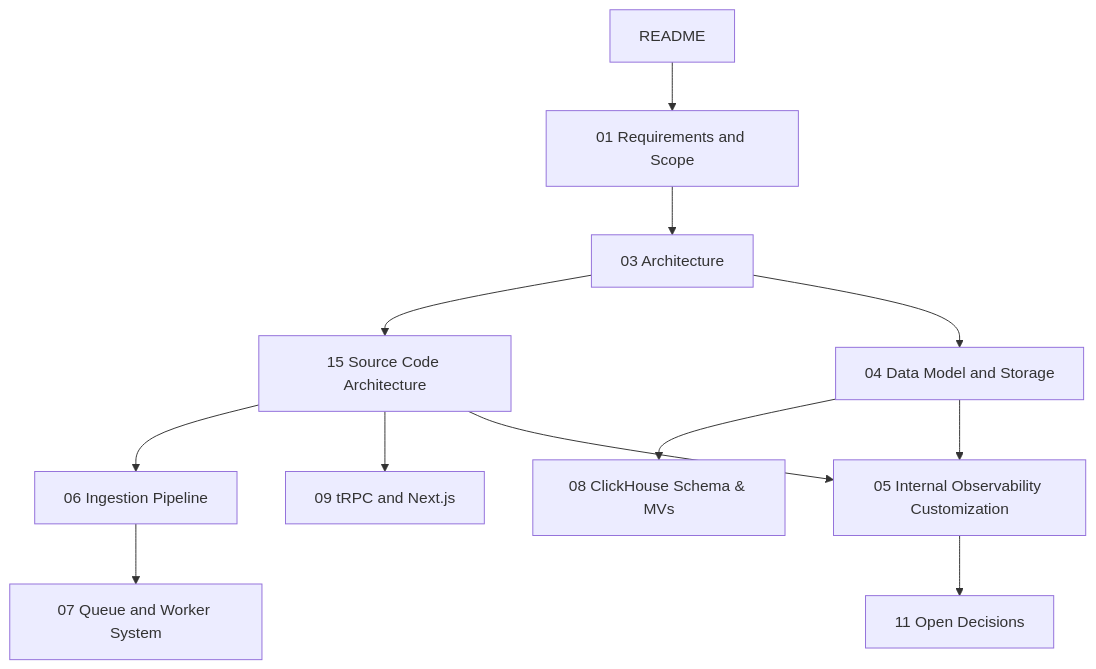
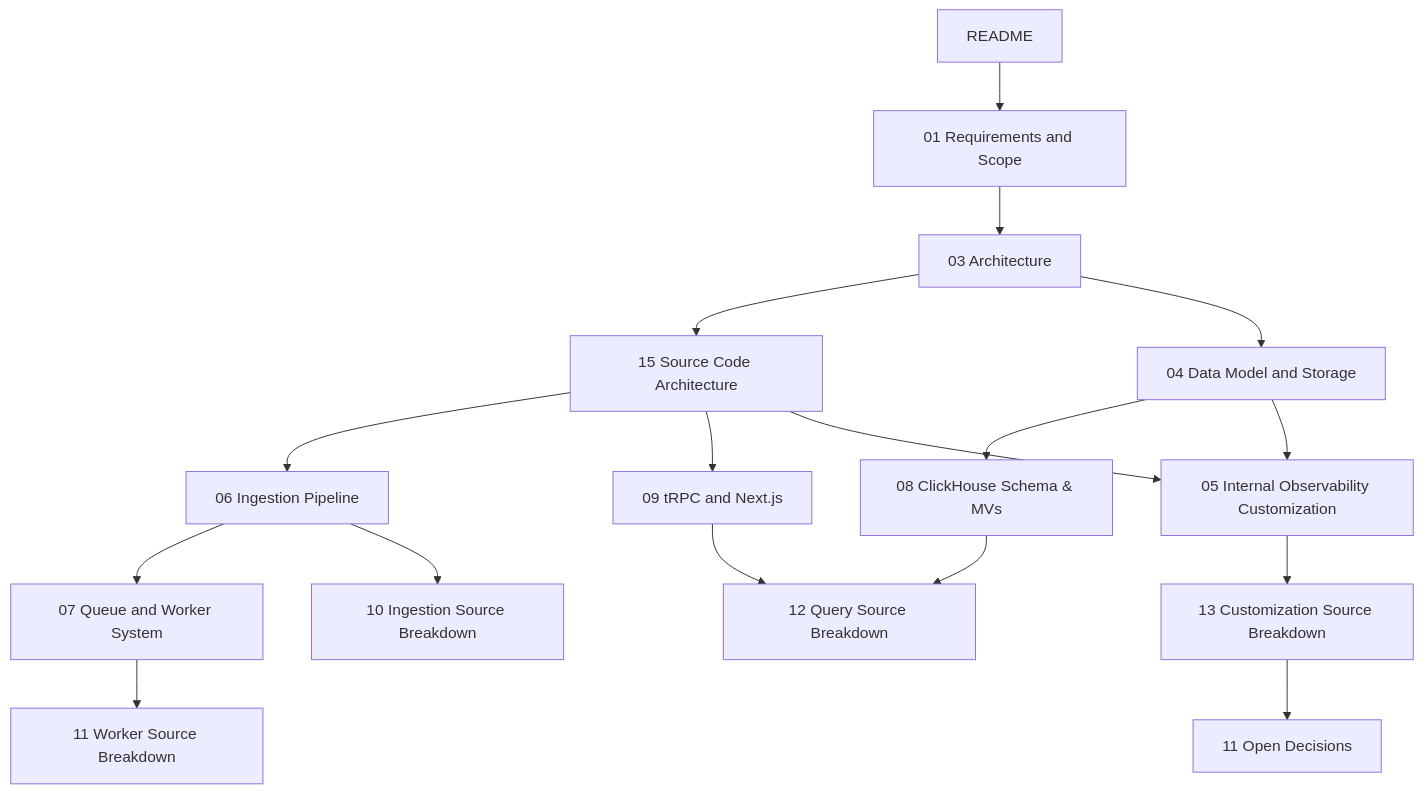
Before and after one commit to dhs-shine/langfuse: the diagram in docs/README.md, drawn with Mermaid. The commit also changed other lines of this file and 4 other files, not shown here.

Commit message:
docs: add source code breakdown documentation for ingestion, worker, query, and customization modules

````diff
--- a/docs/README.md
+++ b/docs/README.md
@@ -59,16 +61,22 @@
 ```mermaid
 flowchart TD
   R[README] --> F[01 Requirements and Scope]
   F --> A[03 Architecture]
   A --> SA[15 Source Code Architecture]
   A --> DM[04 Data Model and Storage]
   
   SA --> IP[06 Ingestion Pipeline]
   IP --> QW[07 Queue and Worker System]
   DM --> CH[08 ClickHouse Schema & MVs]
   SA --> TR[09 tRPC and Next.js]
   
+  IP --> I_SRC[10 Ingestion Source Breakdown]
+  QW --> W_SRC[11 Worker Source Breakdown]
+  CH --> C_SRC[12 Query Source Breakdown]
+  TR --> C_SRC
+  
   SA --> CI[05 Internal Observability Customization]
   DM --> CI
-  CI --> OD[11 Open Decisions]
+  CI --> CU_SRC[13 Customization Source Breakdown]
+  CU_SRC --> OD[11 Open Decisions]
 ```
````
